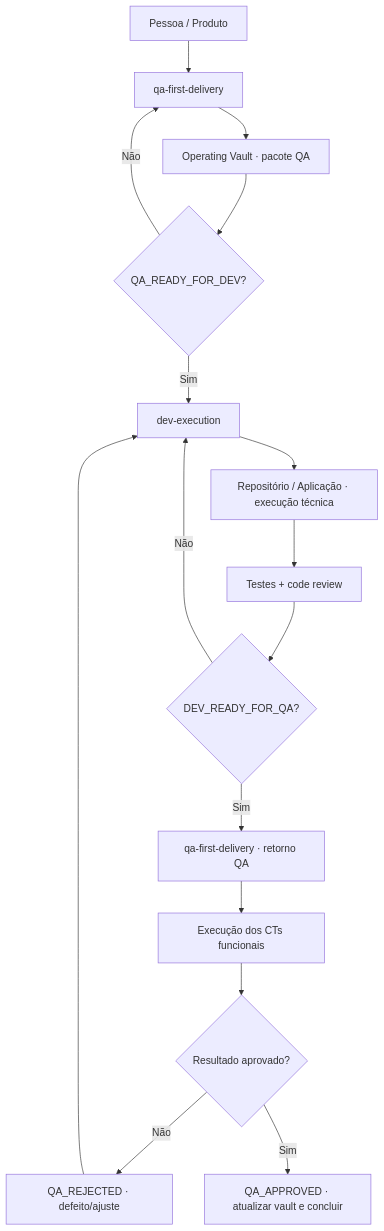
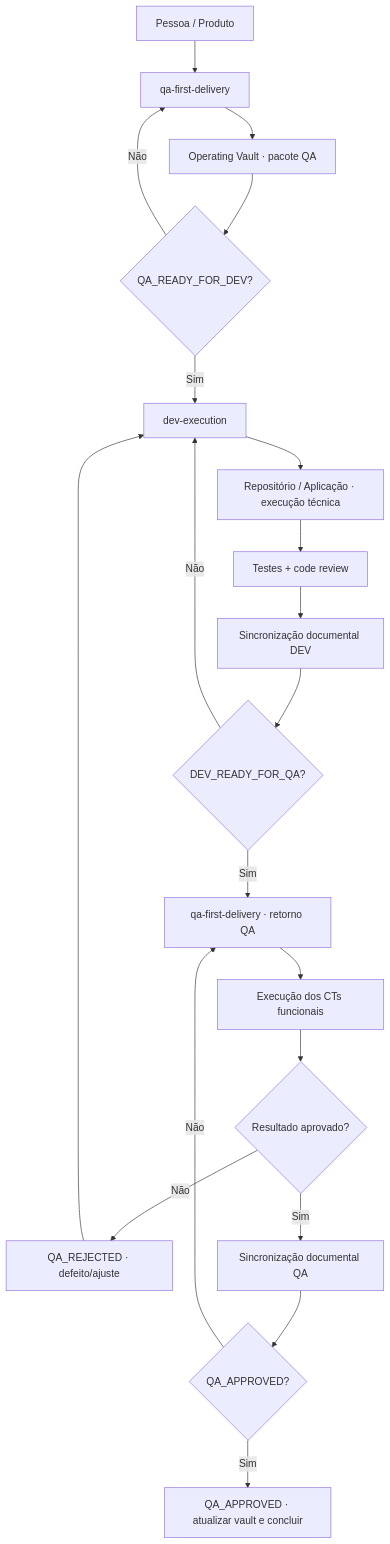
The diagram in 01 Board/Processos/05 - Contrato de interação QA DEV.md (RafaCartaxo/operating-vault), drawn with Mermaid before and after one commit. The commit also changed other lines of this file and 4 other files, not shown here.

````diff
--- a/01 Board/Processos/05 - Contrato de interação QA DEV.md
+++ b/01 Board/Processos/05 - Contrato de interação QA DEV.md
@@ -15,18 +15,22 @@
 ```mermaid
 flowchart TD
     A[Pessoa / Produto] --> B[qa-first-delivery]
     B --> C[Operating Vault · pacote QA]
     C --> D{QA_READY_FOR_DEV?}
     D -- Não --> B
     D -- Sim --> E[dev-execution]
     E --> F[Repositório / Aplicação · execução técnica]
     F --> G[Testes + code review]
-    G --> H{DEV_READY_FOR_QA?}
-    H -- Não --> E
-    H -- Sim --> I[qa-first-delivery · retorno QA]
-    I --> J[Execução dos CTs funcionais]
-    J --> K{Resultado aprovado?}
-    K -- Não --> L[QA_REJECTED · defeito/ajuste]
-    L --> E
-    K -- Sim --> M[QA_APPROVED · atualizar vault e concluir]
+    G --> H[Sincronização documental DEV]
+    H --> I{DEV_READY_FOR_QA?}
+    I -- Não --> E
+    I -- Sim --> J[qa-first-delivery · retorno QA]
+    J --> K[Execução dos CTs funcionais]
+    K --> L{Resultado aprovado?}
+    L -- Não --> M[QA_REJECTED · defeito/ajuste]
+    M --> E
+    L -- Sim --> N[Sincronização documental QA]
+    N --> O{QA_APPROVED?}
+    O -- Não --> J
+    O -- Sim --> P[QA_APPROVED · atualizar vault e concluir]
 ```
````
